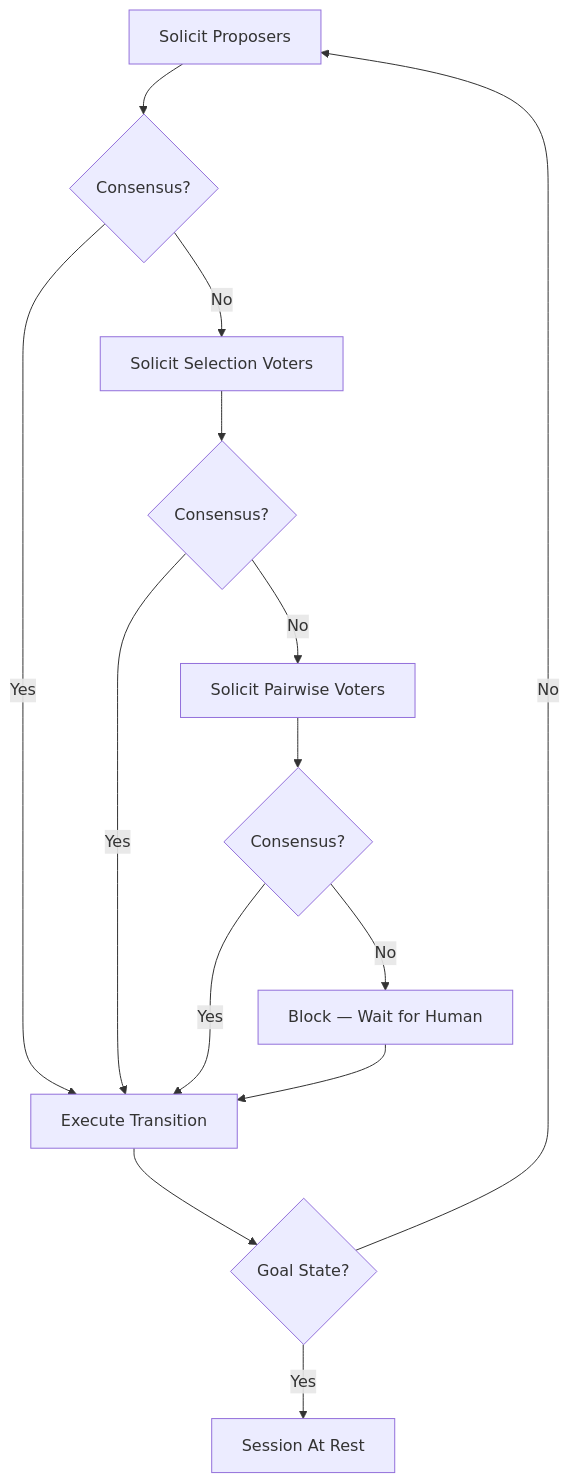
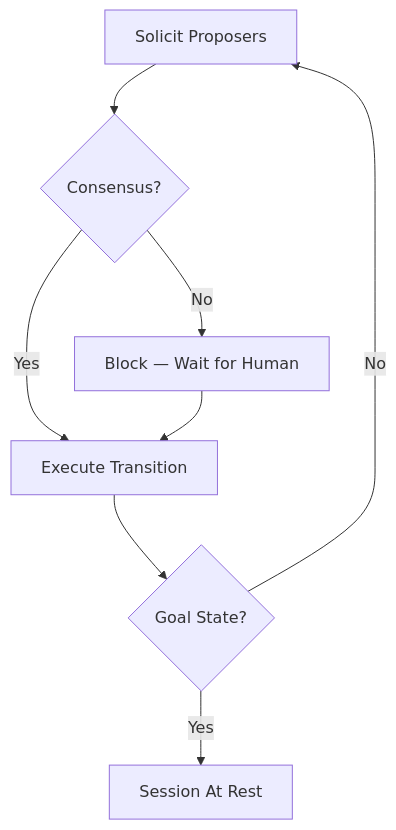
The diagram in website/docs/concepts/decision-cycle.md (eloquentanalytics/dialai), drawn with Mermaid before and after one commit. The commit also changed other lines of this file and 46 other files, not shown here.

````diff
--- a/website/docs/concepts/decision-cycle.md
+++ b/website/docs/concepts/decision-cycle.md
@@ -22,16 +22,10 @@
 ```mermaid
 graph TD
     A[Solicit Proposers] --> B{Consensus?}
     B -->|Yes| G[Execute Transition]
-    B -->|No| C[Solicit Selection Voters]
-    C --> D{Consensus?}
-    D -->|Yes| G
-    D -->|No| E[Solicit Pairwise Voters]
-    E --> F{Consensus?}
-    F -->|Yes| G
-    F -->|No| H[Block — Wait for Human]
+    B -->|No| H[Block — Wait for Human]
     H --> G
     G --> I{Goal State?}
     I -->|No| A
     I -->|Yes| J[Session At Rest]
 ```
````
